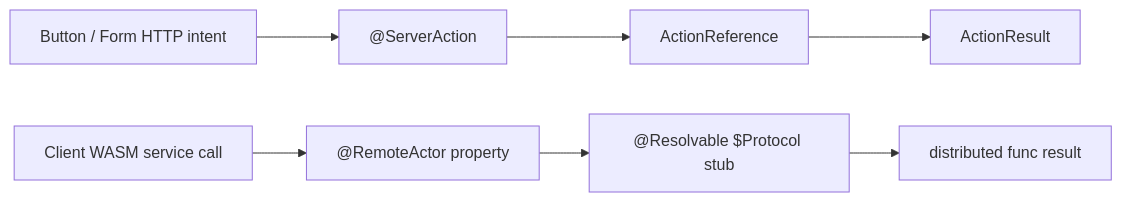
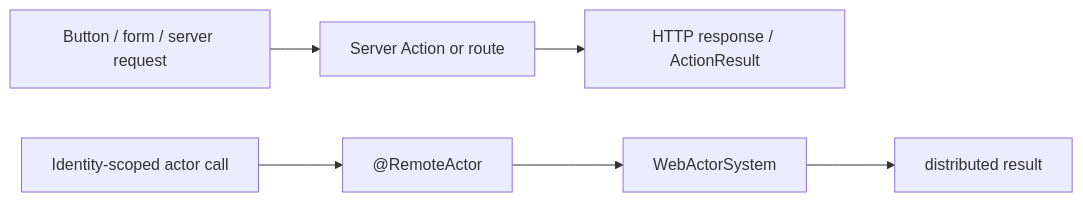
Before and after one commit to 1amageek/swift-web: the second of 2 diagrams in docs/ActorInjectionDesign.md, drawn with Mermaid. The commit also changed other lines of this file and 85 other files, not shown here.

Commit message:
Add typed remote actor service bindings

````diff
--- a/docs/ActorInjectionDesign.md
+++ b/docs/ActorInjectionDesign.md
@@ -212,10 +171,9 @@
 ```mermaid
 flowchart LR
-  A["Button / Form HTTP intent"] --> B["@ServerAction"]
-  B --> C["ActionReference"]
-  C --> D["ActionResult"]
+  Intent["Button / form / server request"] --> Server["Server Action or route"]
+  Server --> Response["HTTP response / ActionResult"]
 
-  E["Client WASM service call"] --> F["@RemoteActor property"]
-  F --> G["@Resolvable $Protocol stub"]
-  G --> H["distributed func result"]
+  ActorIntent["Identity-scoped actor call"] --> Property["@RemoteActor"]
+  Property --> System["WebActorSystem"]
+  System --> ActorResult["distributed result"]
 ```
````
